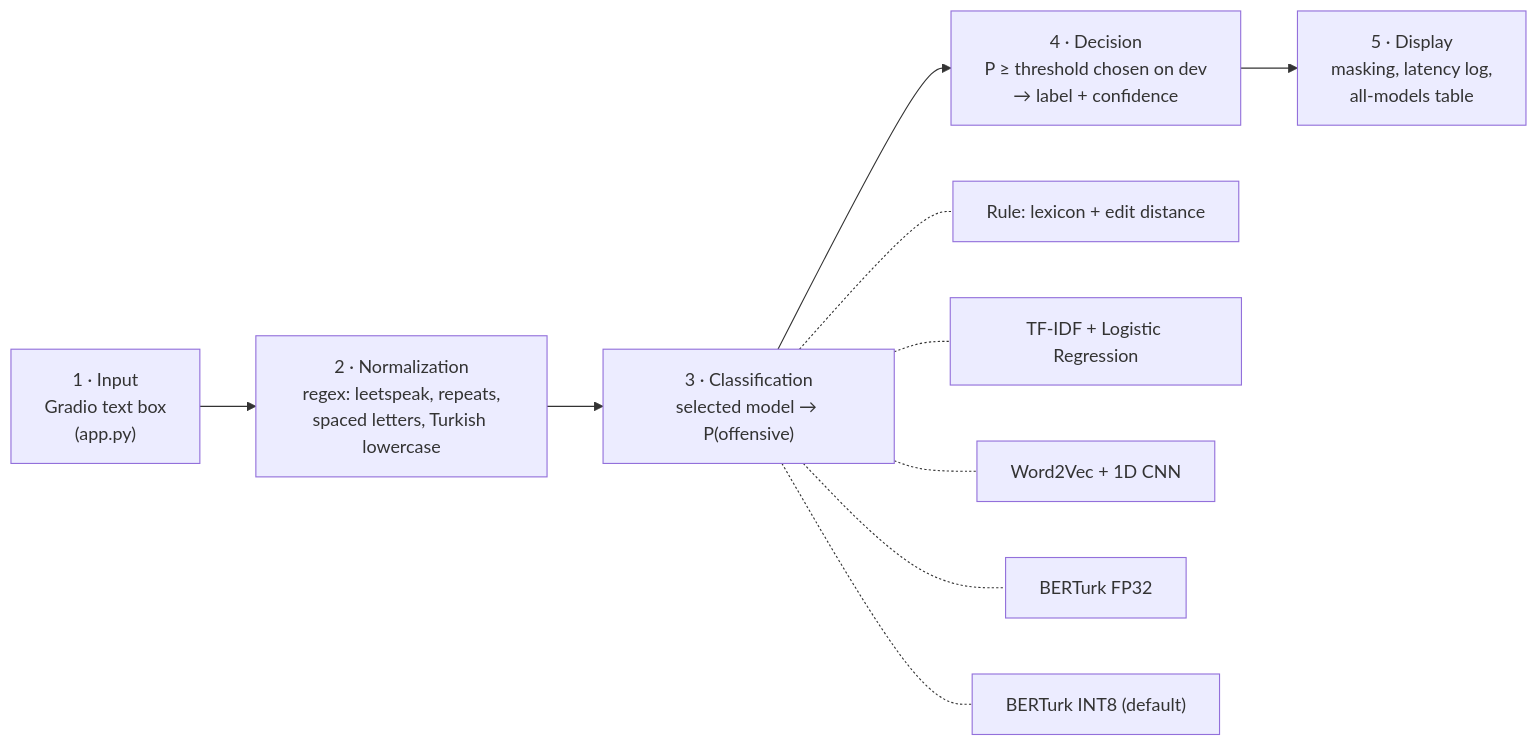
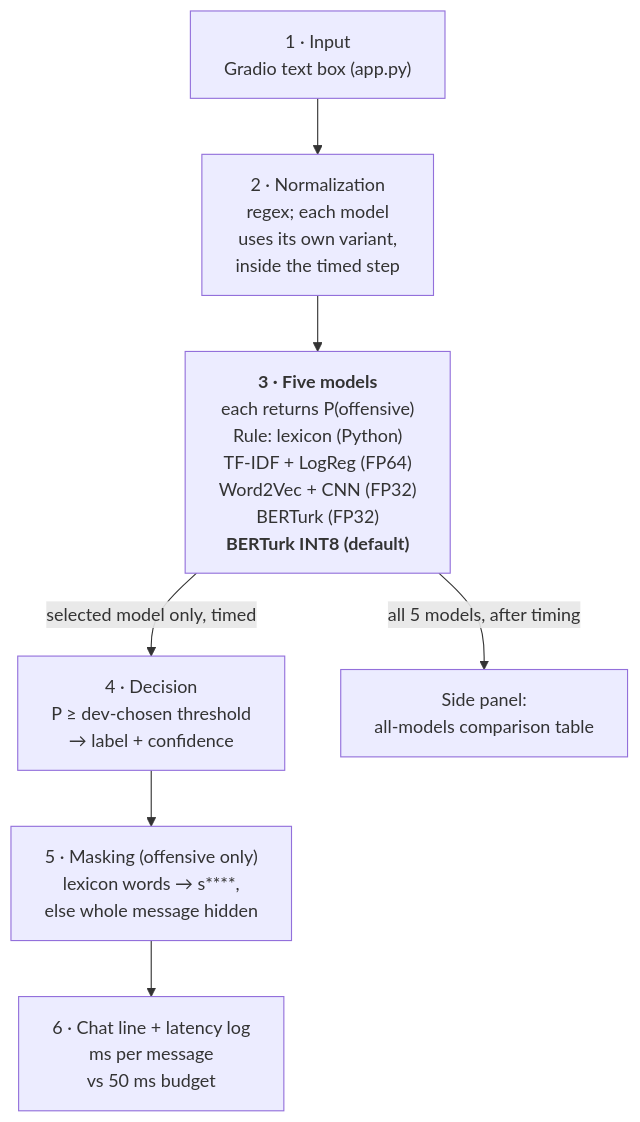
The diagram in README.md (dilaragultekin/uc4-turkce-sohbet-moderasyonu), drawn with Mermaid before and after one commit.

Commit message:
README: architecture diagram matches app.py (two outputs, per-model normalization, masking only for offensive)

````diff
--- a/README.md
+++ b/README.md
@@ -77,12 +77,9 @@
 ```mermaid
-flowchart LR
-    A["1 · Input<br/>Gradio text box<br/>(app.py)"] --> B["2 · Normalization<br/>regex: leetspeak, repeats,<br/>spaced letters, Turkish lowercase"]
-    B --> C["3 · Classification<br/>selected model → P(offensive)"]
-    C --> D["4 · Decision<br/>P ≥ threshold chosen on dev<br/>→ label + confidence"]
-    D --> E["5 · Display<br/>masking, latency log,<br/>all-models table"]
-    C -.- M1["Rule: lexicon + edit distance"]
-    C -.- M2["TF-IDF + Logistic Regression"]
-    C -.- M3["Word2Vec + 1D CNN"]
-    C -.- M4["BERTurk FP32"]
-    C -.- M5["BERTurk INT8 (default)"]
+flowchart TB
+    A["1 · Input<br/>Gradio text box (app.py)"] --> B["2 · Normalization<br/>regex; each model<br/>uses its own variant,<br/>inside the timed step"]
+    B --> M["<b>3 · Five models</b><br/>each returns P(offensive)<br/>Rule: lexicon (Python)<br/>TF-IDF + LogReg (FP64)<br/>Word2Vec + CNN (FP32)<br/>BERTurk (FP32)<br/><b>BERTurk INT8 (default)</b>"]
+    M -->|"selected model only, timed"| D["4 · Decision<br/>P ≥ dev-chosen threshold<br/>→ label + confidence"]
+    D --> E["5 · Masking (offensive only)<br/>lexicon words → s****,<br/>else whole message hidden"]
+    E --> F["6 · Chat line + latency log<br/>ms per message<br/>vs 50 ms budget"]
+    M -->|"all 5 models, after timing"| G["Side panel:<br/>all-models comparison table"]
 ```
````
